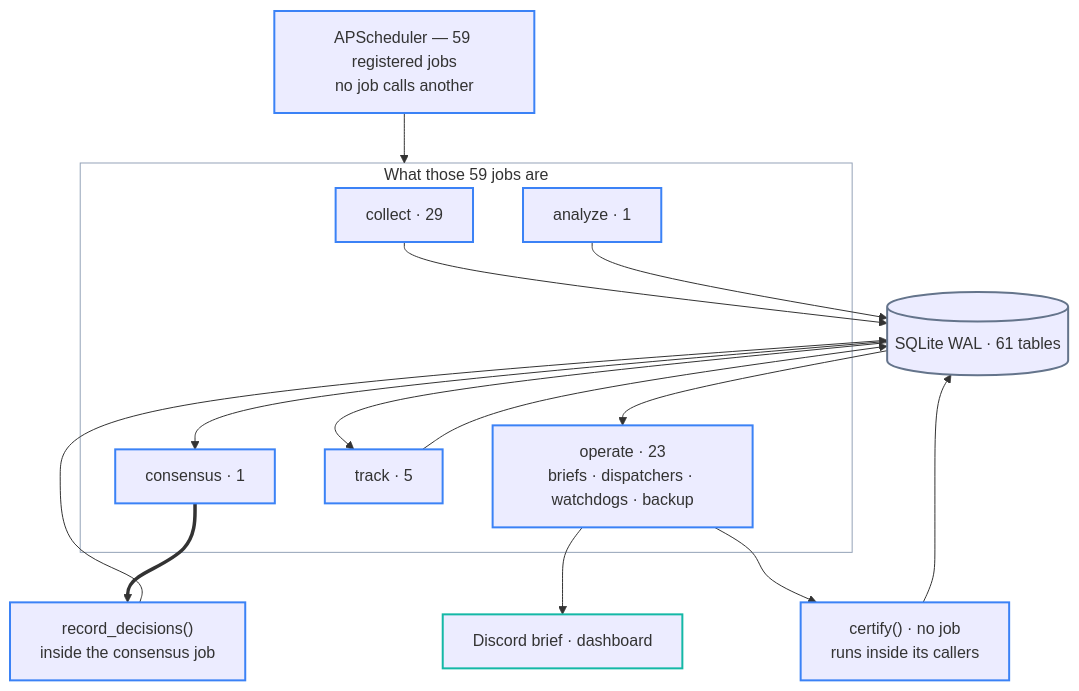
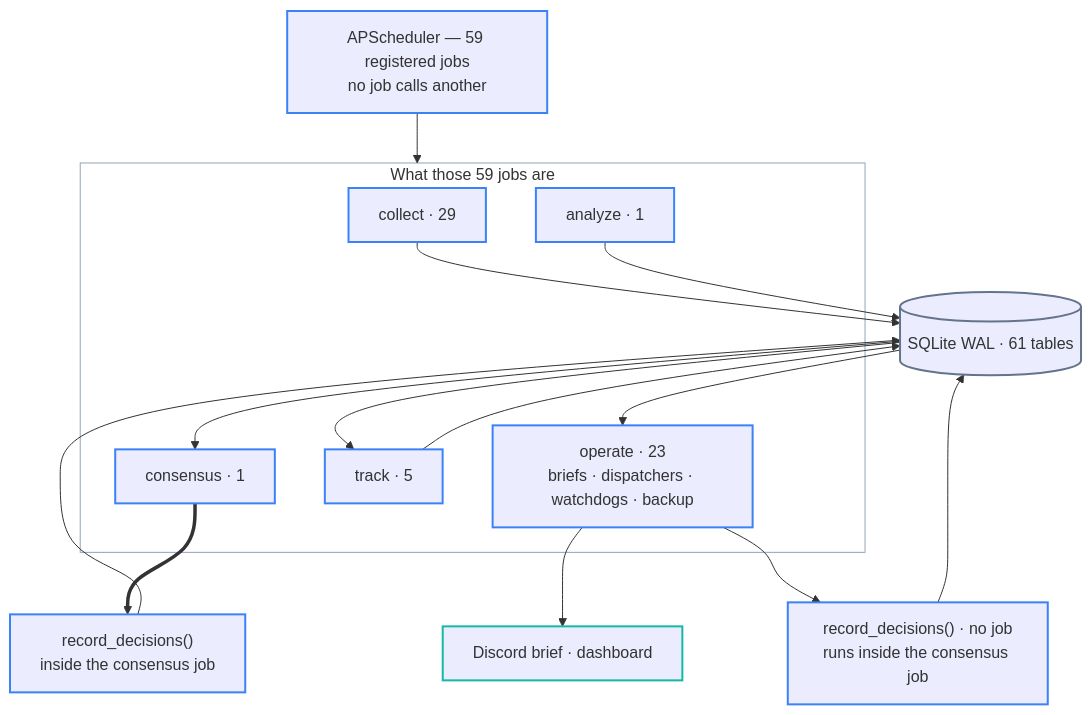
One commit to researcherhojin/nuri-quant changed the first of 3 diagrams in docs/ARCHITECTURE.md. Above: the diagram before and after it, drawn with Mermaid. The commit also changed other lines of this file and 70 other files, not shown here.

````diff
--- a/docs/ARCHITECTURE.md
+++ b/docs/ARCHITECTURE.md
@@ -23,38 +23,38 @@
 ```mermaid
 flowchart TB
     CLOCK["APScheduler — 59 registered jobs<br/>no job calls another"]
 
     subgraph JOBS["What those 59 jobs are"]
         JC["collect · 29"]
         JA["analyze · 1"]
         JD["consensus · 1"]
         JT["track · 5"]
         JO["operate · 23<br/>briefs · dispatchers · watchdogs · backup"]
     end
 
     DB[("SQLite WAL · 61 tables")]
     RD["record_decisions()<br/>inside the consensus job"]
-    CERT["certify() · no job<br/>runs inside its callers"]
+    CERT["record_decisions() · no job<br/>runs inside the consensus job"]
     OUT["Discord brief · dashboard"]
 
     CLOCK --> JOBS
     JC --> DB
     JA --> DB
     DB --> JD
     JD ==> RD
     RD --> DB
     DB --> JT
     JT --> DB
     DB --> JO --> OUT
     JO --> CERT
     CERT --> DB
 
     classDef step  stroke:#3b82f6,stroke-width:2px
     classDef store stroke:#64748b,stroke-width:2px
     classDef out   stroke:#14b8a6,stroke-width:2px
     classDef zone  fill:none,stroke:#94a3b8,stroke-width:1px
     class CLOCK,JC,JA,JD,JT,JO,RD,CERT step
     class DB store
     class OUT out
     class JOBS zone
 ```
````
